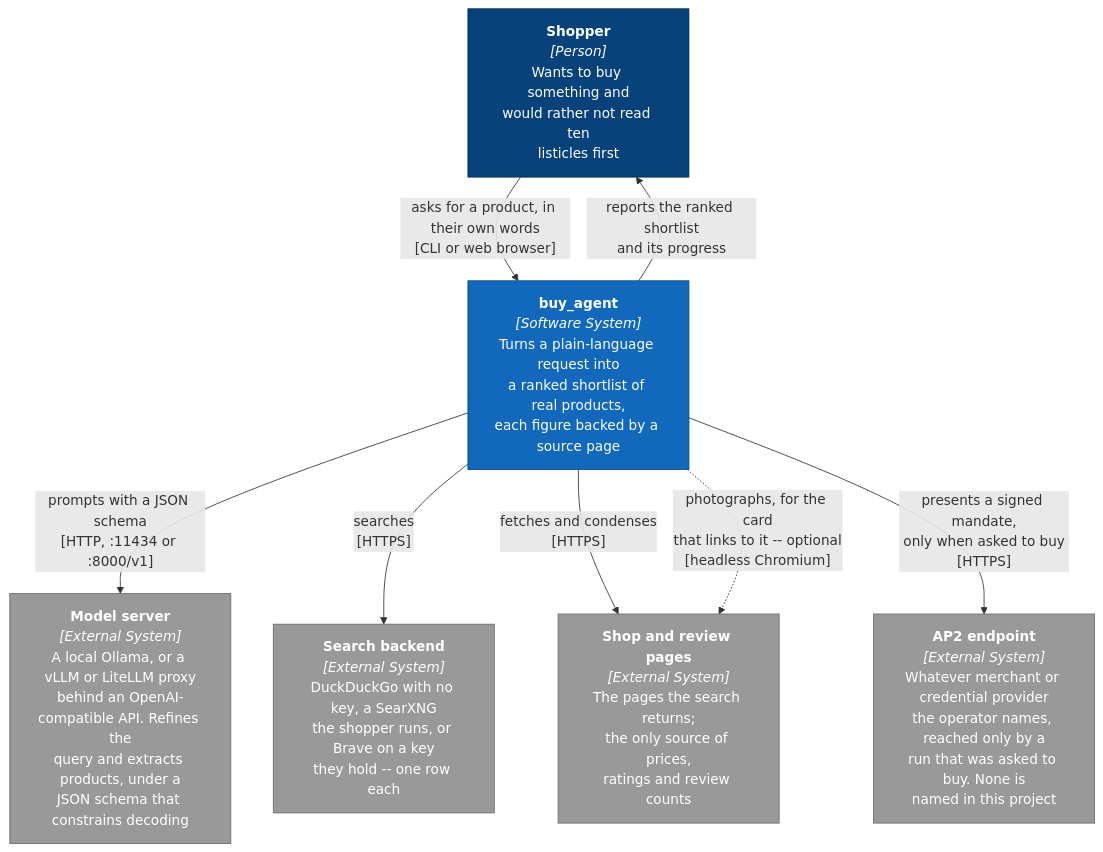
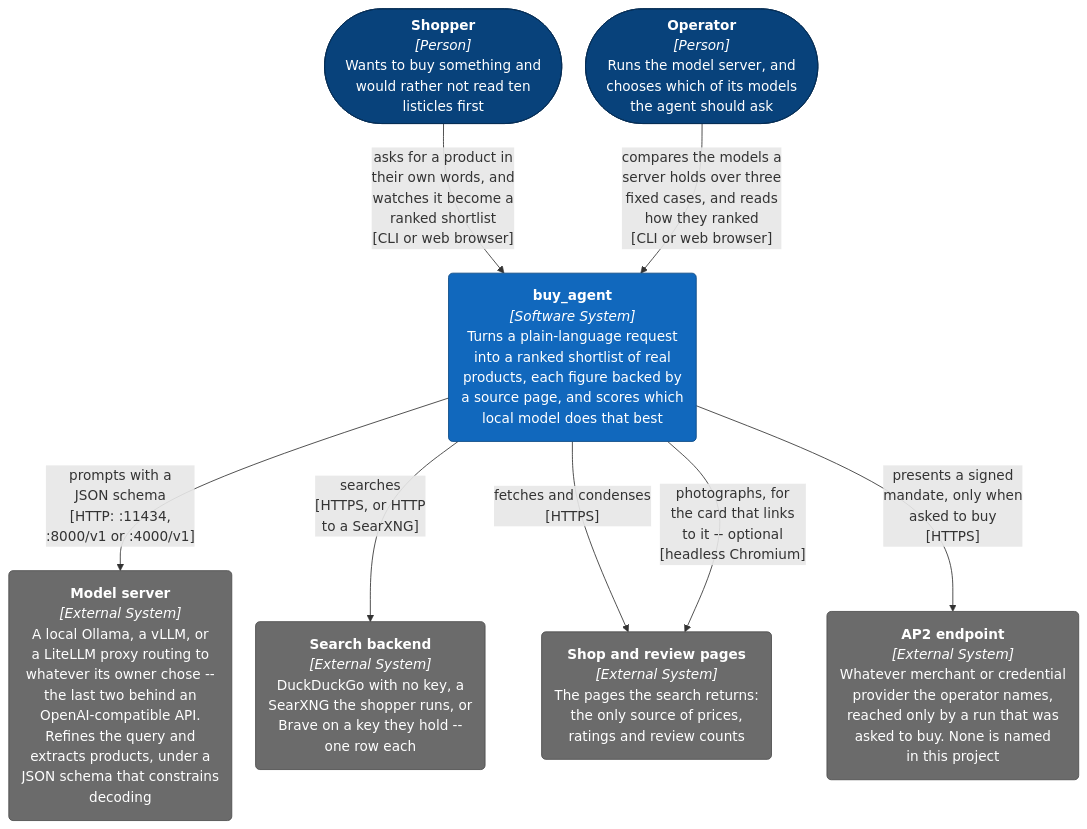
The second of 11 diagrams in docs/architecture.md (adamw7/buy_agent), drawn with Mermaid before and after one commit. The commit also changed other lines of this file, not shown here.

First line of the commit message:
Bring the C4 diagrams in step with the benchmark page and the options table (#284)

````diff
--- a/docs/architecture.md
+++ b/docs/architecture.md
@@ -10,26 +39,34 @@
 ```mermaid
+---
+config:
+  flowchart:
+    wrappingWidth: 400
+    nodeSpacing: 28
+    rankSpacing: 56
+---
 graph TB
-    shopper["<b>Shopper</b><br/><i>[Person]</i><br/>Wants to buy something and<br/>would rather not read ten<br/>listicles first"]
+    shopper(["<b>Shopper</b><br/><i>[Person]</i><br/>Wants to buy something and<br/>would rather not read ten<br/>listicles first"])
+    operator(["<b>Operator</b><br/><i>[Person]</i><br/>Runs the model server, and<br/>chooses which of its models<br/>the agent should ask"])
 
-    system["<b>buy_agent</b><br/><i>[Software System]</i><br/>Turns a plain-language request into<br/>a ranked shortlist of real products,<br/>each figure backed by a source page"]
+    system("<b>buy_agent</b><br/><i>[Software System]</i><br/>Turns a plain-language request<br/>into a ranked shortlist of real<br/>products, each figure backed by<br/>a source page, and scores which<br/>local model does that best")
 
-    ollama["<b>Model server</b><br/><i>[External System]</i><br/>A local Ollama, or a vLLM or LiteLLM proxy<br/>behind an OpenAI-compatible API. Refines the<br/>query and extracts products, under a<br/>JSON schema that constrains decoding"]
-    ddg["<b>Search backend</b><br/><i>[External System]</i><br/>DuckDuckGo with no key, a SearXNG<br/>the shopper runs, or Brave on a key<br/>they hold -- one row each"]
-    shops["<b>Shop and review pages</b><br/><i>[External System]</i><br/>The pages the search returns;<br/>the only source of prices,<br/>ratings and review counts"]
-    counterparty["<b>AP2 endpoint</b><br/><i>[External System]</i><br/>Whatever merchant or credential provider<br/>the operator names, reached only by a<br/>run that was asked to buy. None is<br/>named in this project"]
+    ollama("<b>Model server</b><br/><i>[External System]</i><br/>A local Ollama, a vLLM, or<br/>a LiteLLM proxy routing to<br/>whatever its owner chose --<br/>the last two behind an<br/>OpenAI-compatible API.<br/>Refines the query and<br/>extracts products, under a<br/>JSON schema that constrains<br/>decoding")
+    ddg("<b>Search backend</b><br/><i>[External System]</i><br/>DuckDuckGo with no key, a<br/>SearXNG the shopper runs, or<br/>Brave on a key they hold --<br/>one row each")
+    shops("<b>Shop and review pages</b><br/><i>[External System]</i><br/>The pages the search returns:<br/>the only source of prices,<br/>ratings and review counts")
+    counterparty("<b>AP2 endpoint</b><br/><i>[External System]</i><br/>Whatever merchant or credential<br/>provider the operator names,<br/>reached only by a run that was<br/>asked to buy. None is named<br/>in this project")
 
-    shopper -->|"asks for a product, in their own words<br/>[CLI or web browser]"| system
-    system -->|"reports the ranked shortlist<br/>and its progress"| shopper
-    system -->|"prompts with a JSON schema<br/>[HTTP, :11434 or :8000/v1]"| ollama
-    system -->|"searches<br/>[HTTPS]"| ddg
+    shopper -->|"asks for a product in<br/>their own words, and<br/>watches it become a<br/>ranked shortlist<br/>[CLI or web browser]"| system
+    operator -->|"compares the models a<br/>server holds over three<br/>fixed cases, and reads<br/>how they ranked<br/>[CLI or web browser]"| system
+    system -->|"prompts with a<br/>JSON schema<br/>[HTTP: :11434,<br/>:8000/v1 or :4000/v1]"| ollama
+    system -->|"searches<br/>[HTTPS, or HTTP<br/>to a SearXNG]"| ddg
     system -->|"fetches and condenses<br/>[HTTPS]"| shops
-    system -.->|"photographs, for the card<br/>that links to it -- optional<br/>[headless Chromium]"| shops
-    system -->|"presents a signed mandate,<br/>only when asked to buy<br/>[HTTPS]"| counterparty
+    system -->|"photographs, for<br/>the card that links<br/>to it -- optional<br/>[headless Chromium]"| shops
+    system -->|"presents a signed<br/>mandate, only when<br/>asked to buy<br/>[HTTPS]"| counterparty
 
     classDef person fill:#08427b,stroke:#052e56,color:#fff
     classDef internal fill:#1168bd,stroke:#0b4884,color:#fff
-    classDef external fill:#999,stroke:#6b6b6b,color:#fff
-    class shopper person
+    classDef external fill:#6b6b6b,stroke:#4d4d4d,color:#fff
+    class shopper,operator person
     class system internal
     class ollama,ddg,shops,counterparty external
 ```
````
